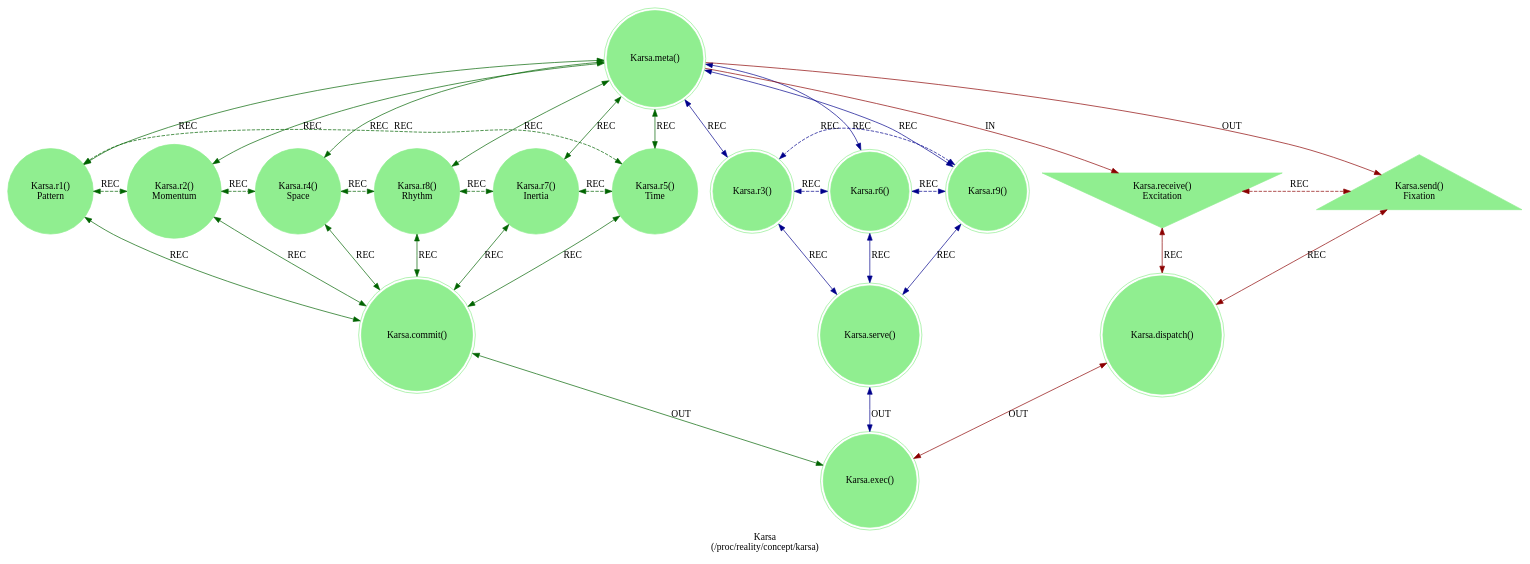
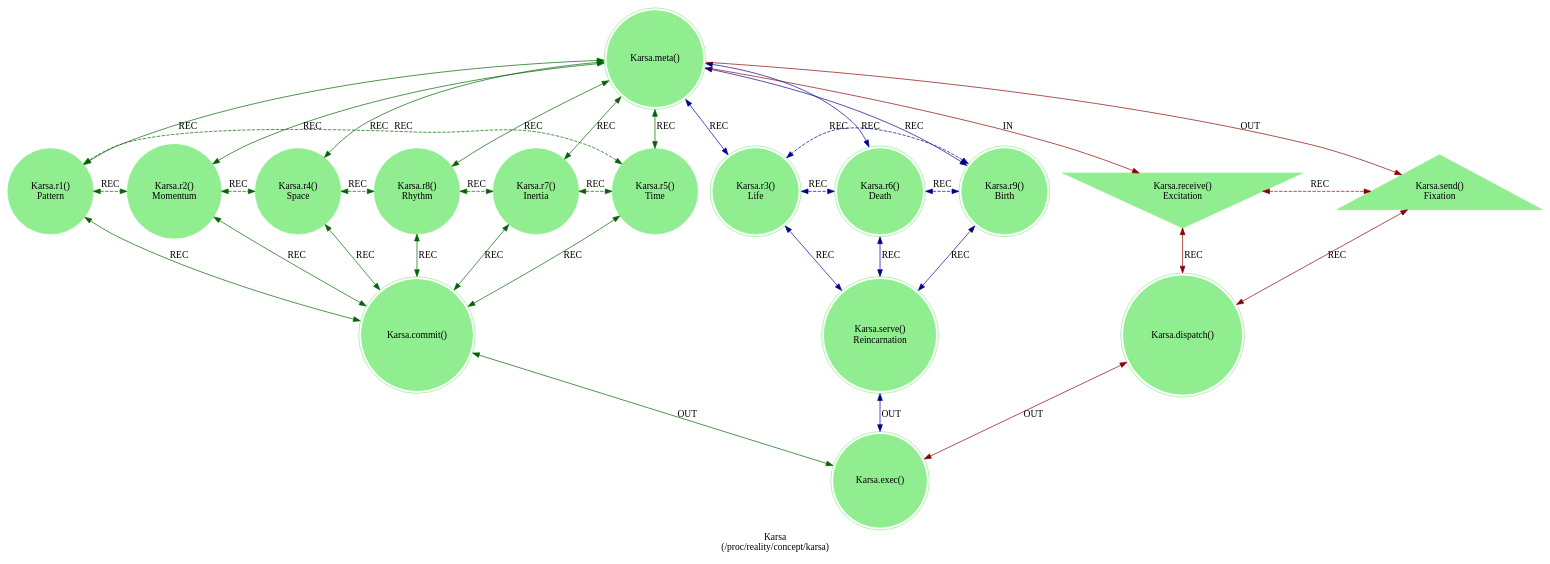
The diagram in src/includes/concept/karsa.dot (cilang/mythos), drawn with Graphviz before and after one commit. The commit also changed 6 other files, not shown here.

```diff
--- a/src/includes/concept/karsa.dot
+++ b/src/includes/concept/karsa.dot
@@ -1,48 +1,48 @@
 strict digraph Karsa {
     label = "Karsa\n(/proc/reality/concept/karsa)";
     style = filled;
     color = lightgray;
     node [shape = circle; style = filled; color = lightgreen;];
     
     // The Axis A-0-B (In-Meta-Out).
     // The Sacred 3-6-9 (Boundary of Perception).
     // The Vortex 1-2-4-8-7-5 (Boundary of Comprehension).
     // The Router C-D-E
     // The Closure F
     spark_0_t [label = "Karsa.meta()";comment = "";shape = doublecircle;];
     spark_1_t [label = "Karsa.r1()\nPattern";comment = "";shape = circle;];
     spark_2_t [label = "Karsa.r2()\nMomentum";comment = "";shape = circle;];
     spark_4_t [label = "Karsa.r4()\nSpace";comment = "";shape = circle;];
     spark_8_t [label = "Karsa.r8()\nRhythm";comment = "";shape = circle;];
     spark_7_t [label = "Karsa.r7()\nInertia";comment = "";shape = circle;];
     spark_5_t [label = "Karsa.r5()\nTime";comment = "";shape = circle;];
-    spark_3_t [label = "Karsa.r3()";comment = "";shape = doublecircle;];
-    spark_6_t [label = "Karsa.r6()";comment = "";shape = doublecircle;];
-    spark_9_t [label = "Karsa.r9()";comment = "";shape = doublecircle;];
+    spark_3_t [label = "Karsa.r3()\nLife";comment = "";shape = doublecircle;];
+    spark_6_t [label = "Karsa.r6()\nDeath";comment = "";shape = doublecircle;];
+    spark_9_t [label = "Karsa.r9()\nBirth";comment = "";shape = doublecircle;];
     spark_a_t [label = "Karsa.receive()\nExcitation";comment = "";shape = invtriangle;];
     spark_b_t [label = "Karsa.send()\nFixation";comment = "";shape = triangle;];
     spark_c_t [label = "Karsa.dispatch()";comment = "";shape = doublecircle;];
     spark_d_t [label = "Karsa.commit()";comment = "";shape = doublecircle;];
-    spark_e_t [label = "Karsa.serve()";comment = "";shape = doublecircle;];
+    spark_e_t [label = "Karsa.serve()\nReincarnation";comment = "";shape = doublecircle;];
     spark_f_t [label = "Karsa.exec()";comment = "";shape = doublecircle;];
     
     // IN = Input
     // OUT = Output
     // REC = Recursion
     spark_0_t -> spark_a_t [label = "IN"; color = darkred; comment = "";];
     spark_0_t -> spark_b_t [label = "OUT"; color = darkred; comment = "";];
     spark_0_t -> {spark_3_t spark_6_t spark_9_t} [label = "REC"; color = darkblue; comment = ""; dir = both;];
     spark_0_t -> {spark_1_t spark_2_t spark_4_t spark_8_t spark_7_t spark_5_t} [label = "REC"; color = darkgreen; comment = ""; dir = both;];
     
     {spark_a_t spark_b_t} -> spark_c_t [label = "REC"; color = darkred; comment = ""; dir = both;];
     {spark_1_t spark_2_t spark_4_t spark_8_t spark_7_t spark_5_t} -> spark_d_t [label = "REC"; color = darkgreen; comment = ""; dir = both;];
     {spark_3_t spark_6_t spark_9_t} -> spark_e_t [label = "REC"; color = darkblue; comment = ""; dir = both;];
     
     spark_1_t -> spark_2_t -> spark_4_t -> spark_8_t -> spark_7_t -> spark_5_t -> spark_1_t [label = "REC"; color = darkgreen; comment = ""; style = dashed; constraint = false; dir = both;];
     spark_3_t -> spark_6_t -> spark_9_t -> spark_3_t [label = "REC"; color = darkblue; comment = ""; style = dashed; constraint = false; dir = both;];
     spark_a_t -> spark_b_t [label = "REC"; color = darkred; comment = ""; constraint = false; style = dashed; dir = both;];
     
     spark_c_t -> spark_f_t [label = "OUT"; color = darkred; comment = ""; dir = both;];
     spark_d_t -> spark_f_t [label = "OUT"; color = darkgreen; comment = ""; dir = both;];
     spark_e_t -> spark_f_t [label = "OUT"; color = darkblue; comment = ""; dir = both;];
 }
```
